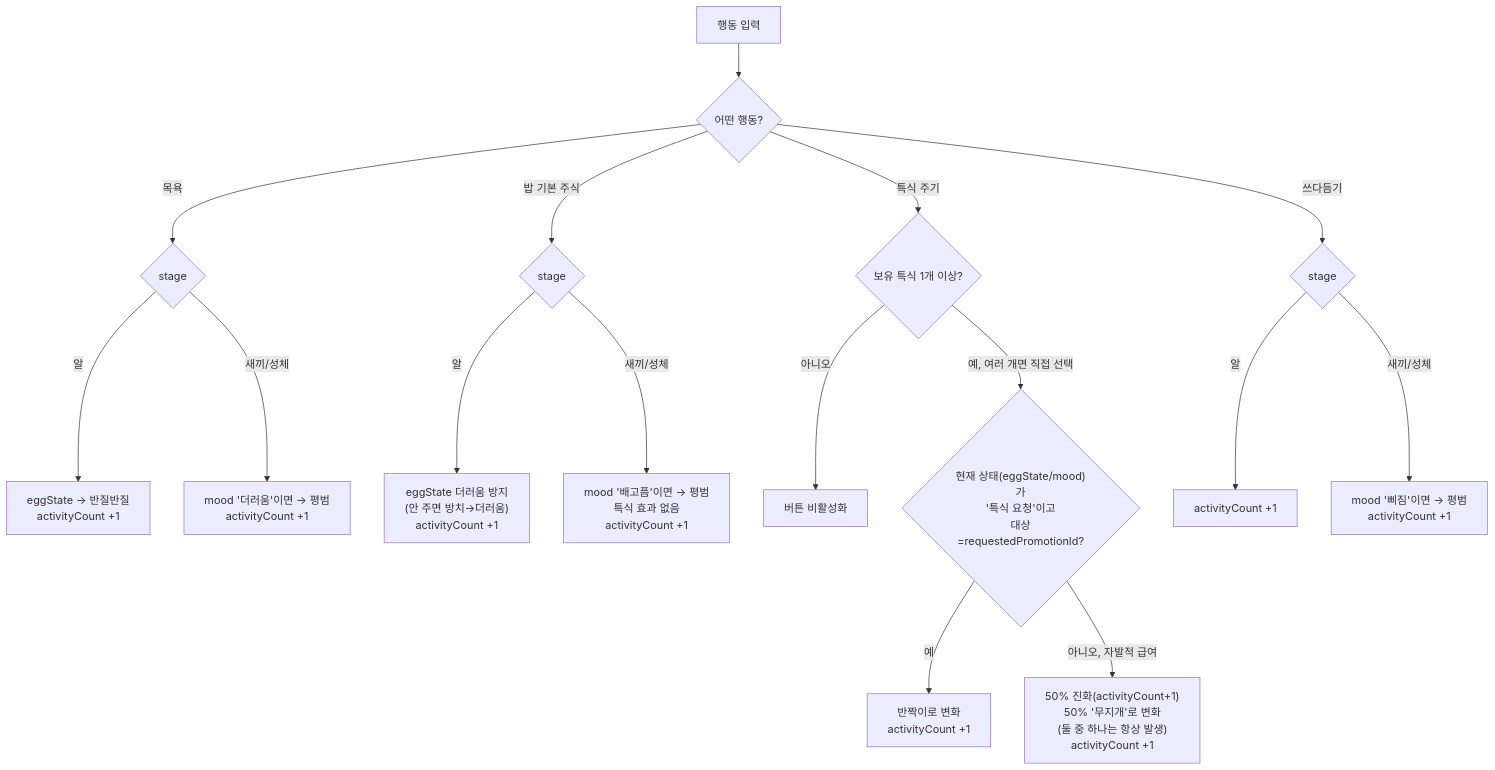
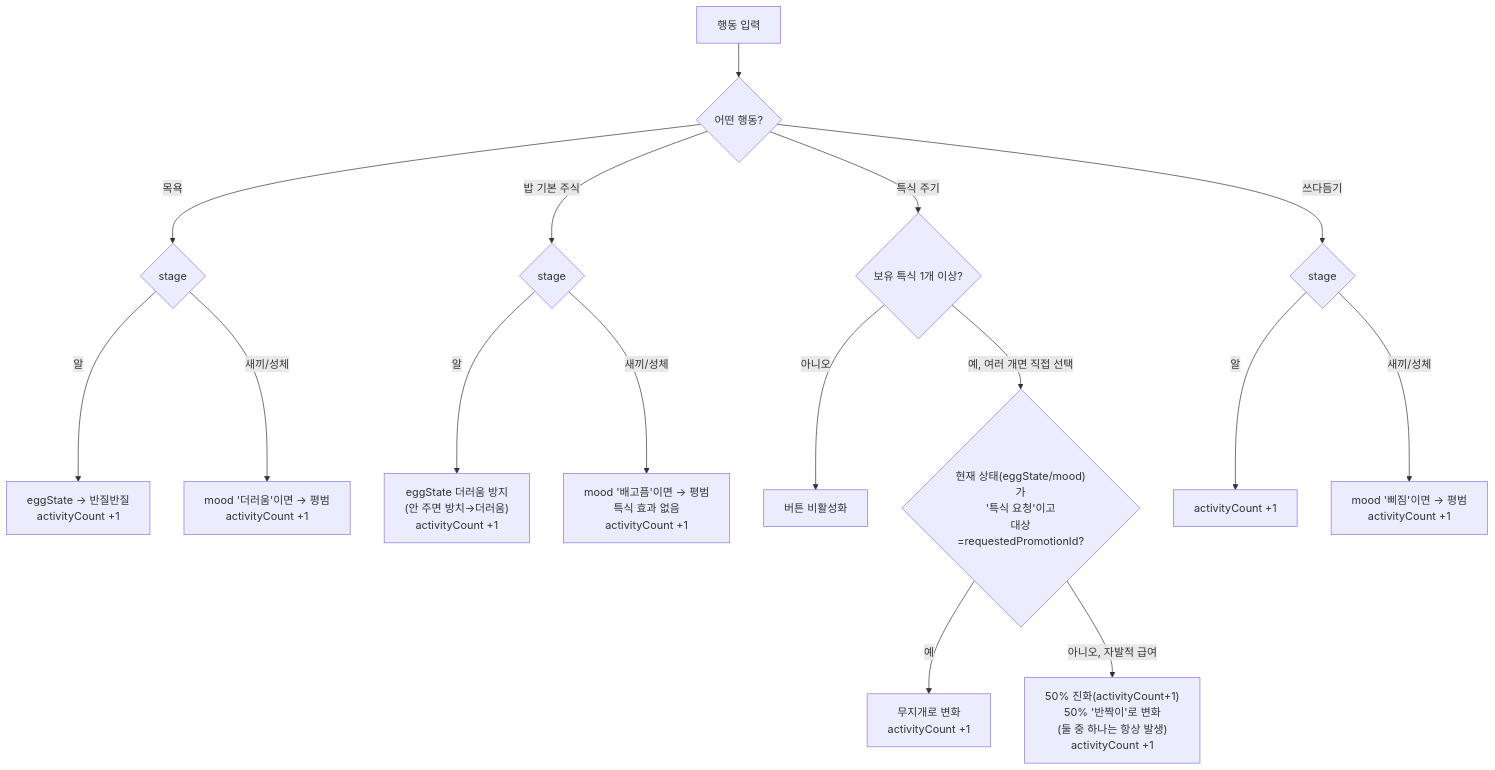
One commit to chaeuk-60/b2b-promo changed the fourth of 4 diagrams in docs/11-pet-state-diagram.md. Above: the diagram before and after it, drawn with Mermaid. The commit also changed other lines of this file and 5 other files, not shown here.

First line of the commit message:
Revert 무지개/반짝이 swap - voluntary feeding is 반짝이

````diff
--- a/docs/11-pet-state-diagram.md
+++ b/docs/11-pet-state-diagram.md
@@ -143,22 +143,22 @@
 ```mermaid
 flowchart TD
     A[행동 입력] --> B{어떤 행동?}
 
     B -->|목욕| C{stage}
     C -->|알| C1["eggState → 반질반질\nactivityCount +1"]
     C -->|새끼/성체| C2["mood '더러움'이면 → 평범\nactivityCount +1"]
 
     B -->|밥 기본 주식| D{stage}
     D -->|알| D1["eggState 더러움 방지\n(안 주면 방치→더러움)\nactivityCount +1"]
     D -->|새끼/성체| D2["mood '배고픔'이면 → 평범\n특식 효과 없음\nactivityCount +1"]
 
     B -->|특식 주기| E{보유 특식 1개 이상?}
     E -->|아니오| E0[버튼 비활성화]
     E -->|예, 여러 개면 직접 선택| F{"현재 상태(eggState/mood)가\n'특식 요청'이고\n대상=requestedPromotionId?"}
-    F -->|예| F1["반짝이로 변화\nactivityCount +1"]
-    F -->|아니오, 자발적 급여| F2["50% 진화(activityCount+1)\n50% '무지개'로 변화\n(둘 중 하나는 항상 발생)\nactivityCount +1"]
+    F -->|예| F1["무지개로 변화\nactivityCount +1"]
+    F -->|아니오, 자발적 급여| F2["50% 진화(activityCount+1)\n50% '반짝이'로 변화\n(둘 중 하나는 항상 발생)\nactivityCount +1"]
 
     B -->|쓰다듬기| G{stage}
     G -->|알| G1[activityCount +1]
     G -->|새끼/성체| G2["mood '삐짐'이면 → 평범\nactivityCount +1"]
 ```
````
